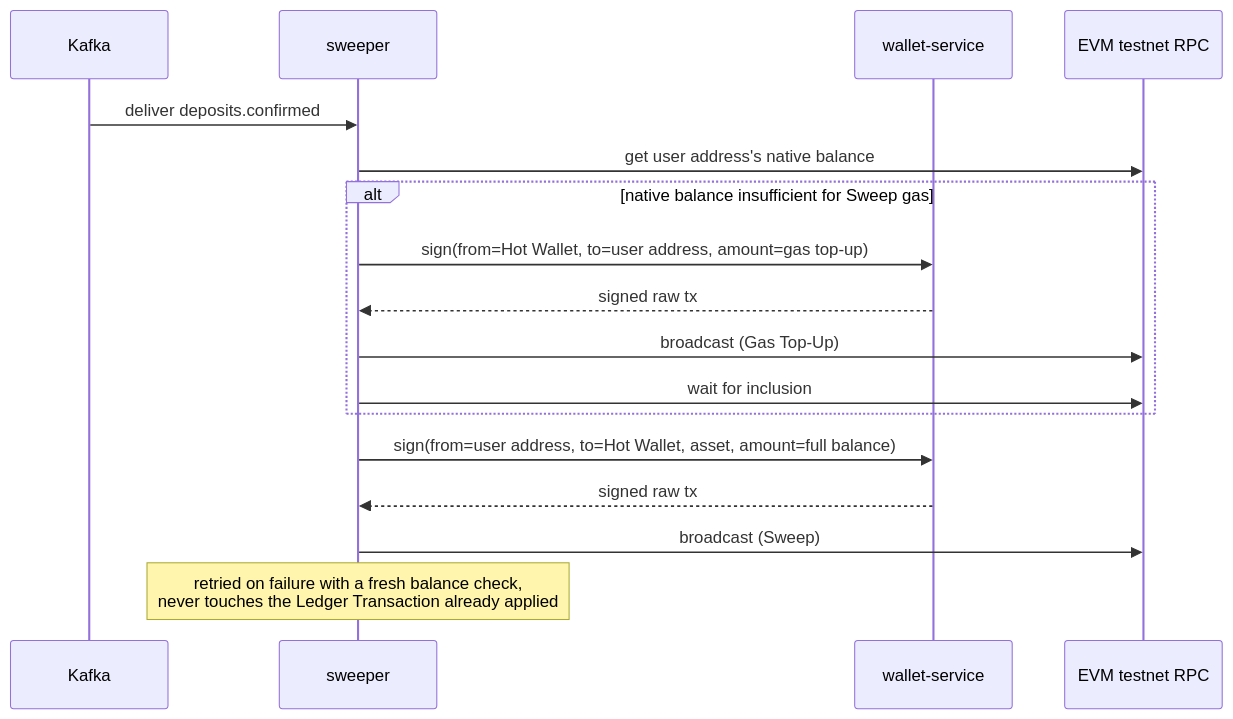
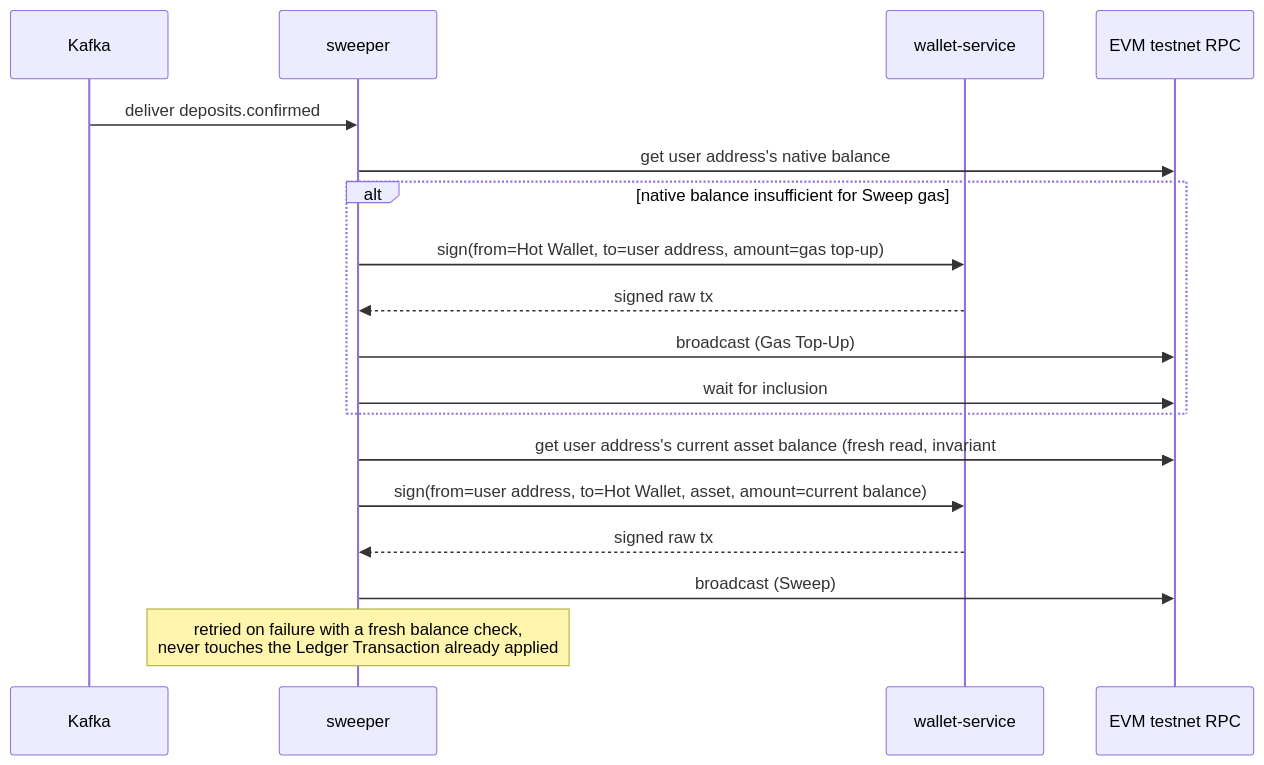
Before and after one commit to VuKhuongDuy/DigiWal: the second of 2 diagrams in docs/design/deposit-flow.md, drawn with Mermaid. The commit also changed other lines of this file and 1 other file, not shown here.

````diff
--- a/docs/design/deposit-flow.md
+++ b/docs/design/deposit-flow.md
@@ -163,20 +171,21 @@
 ```mermaid
 sequenceDiagram
     participant Kafka
     participant Sweeper as sweeper
     participant Wallet as wallet-service
     participant RPC as EVM testnet RPC
 
     Kafka->>Sweeper: deliver deposits.confirmed
     Sweeper->>RPC: get user address's native balance
     alt native balance insufficient for Sweep gas
         Sweeper->>Wallet: sign(from=Hot Wallet, to=user address, amount=gas top-up)
         Wallet-->>Sweeper: signed raw tx
         Sweeper->>RPC: broadcast (Gas Top-Up)
         Sweeper->>RPC: wait for inclusion
     end
-    Sweeper->>Wallet: sign(from=user address, to=Hot Wallet, asset, amount=full balance)
+    Sweeper->>RPC: get user address's current asset balance (fresh read, invariant #9)
+    Sweeper->>Wallet: sign(from=user address, to=Hot Wallet, asset, amount=current balance)
     Wallet-->>Sweeper: signed raw tx
     Sweeper->>RPC: broadcast (Sweep)
     Note over Sweeper: retried on failure with a fresh balance check,<br/>never touches the Ledger Transaction already applied
 ```
````
